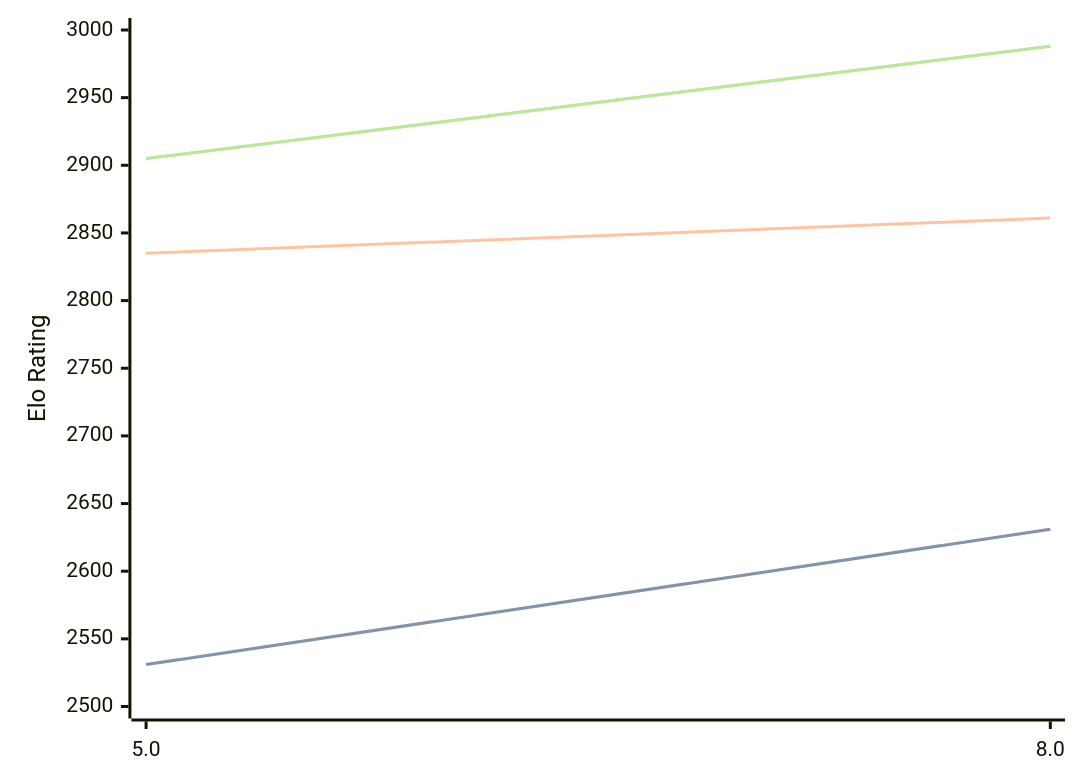
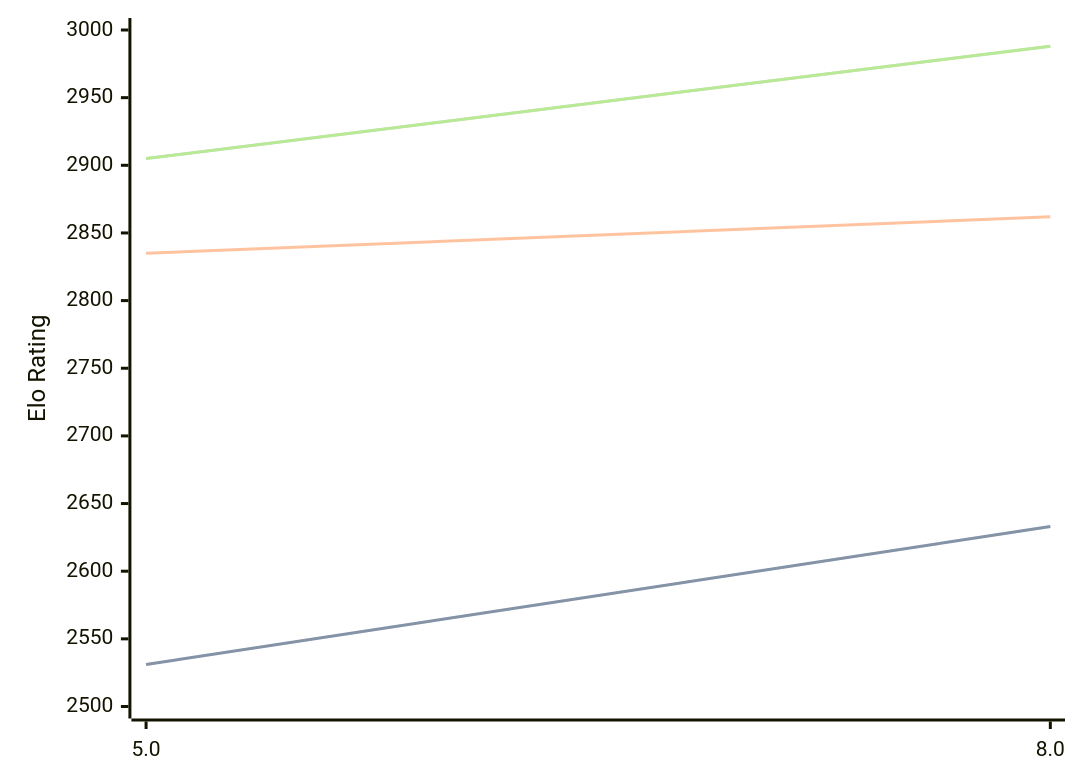
The diagram in engines/4kc.md (computer-chess-index/cci), drawn with Mermaid before and after one commit. The commit also changed other lines of this file, not shown here.

Commit message:
Update CCI Ratings (ELO VLTC) - 2026-05-03

````diff
--- a/engines/4kc.md
+++ b/engines/4kc.md
@@ -41,11 +41,11 @@
 ```mermaid
 %%{init: {"theme":"base","themeVariables":{"seriesColors:['#a3a3a3','#222221','#faa371']}}}%%
 xychart-beta
   x-axis ["5.0", "8.0"]
   y-axis "Elo Rating" 2500 --> 3000
-  line "STC (8.0+0.08s)" [2531, 2631]
-  line "STC (8.0+0.08s)" [2531, 2631]
-  line "LTC (60.0+0.60s)" [2835, 2861]
+  line "STC (8.0+0.08s)" [2531, 2633]
+  line "STC (8.0+0.08s)" [2531, 2633]
+  line "LTC (60.0+0.60s)" [2835, 2862]
   line "VLTC (2m24s+1.12s)" [2905, 2988]
   line "VLTC (2m24s+1.12s)" [2905, 2988]
 ```
````
